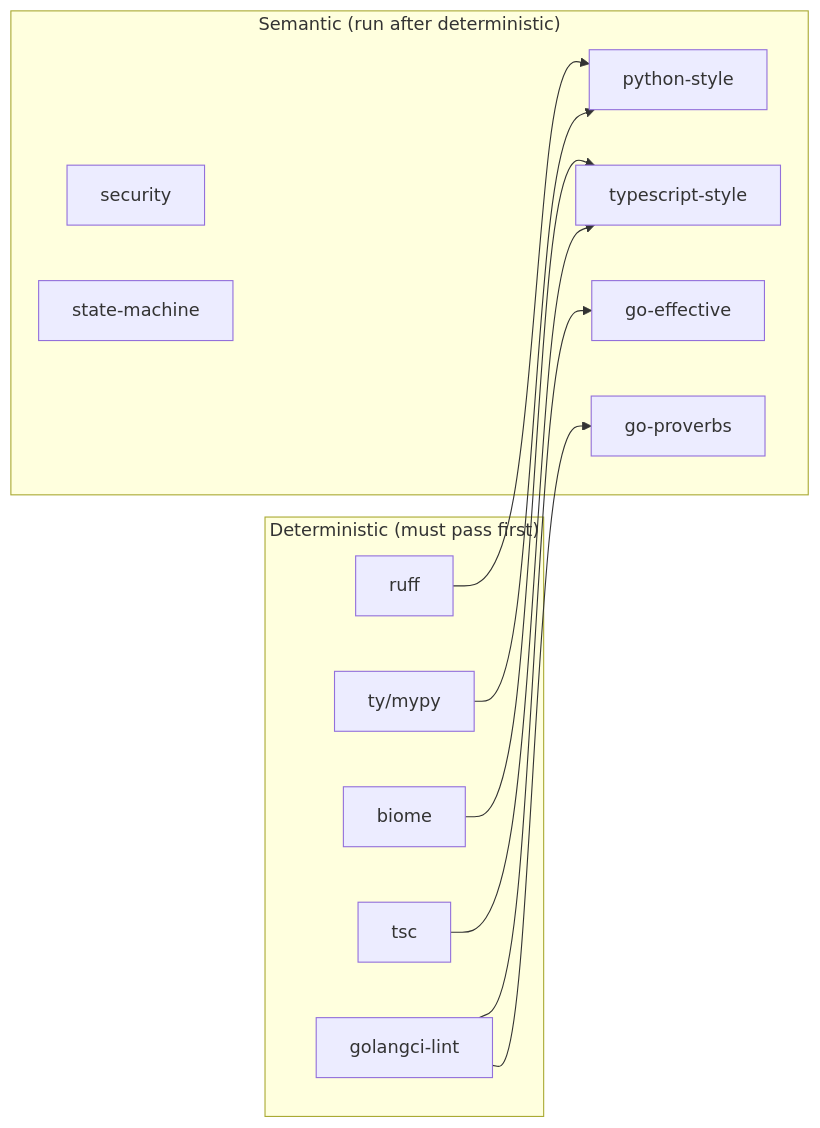
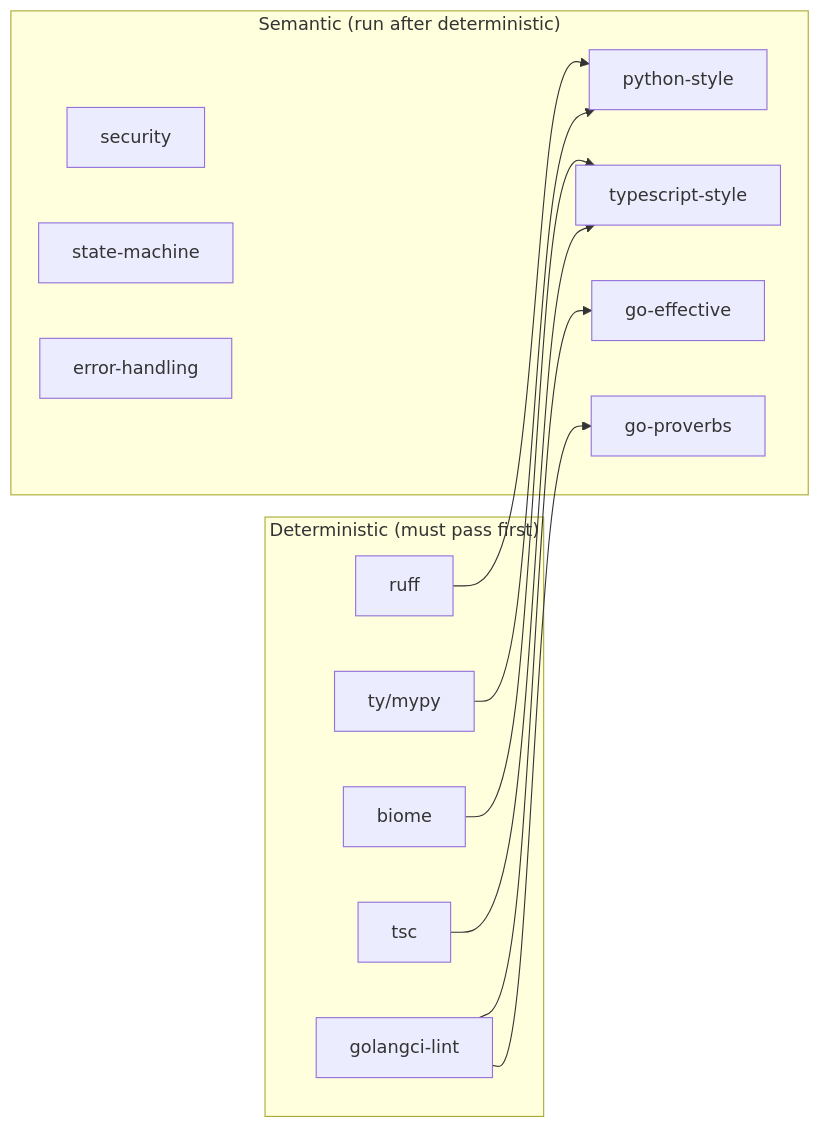
Before and after one commit to peteski22/agent-pragma: the sixth of 7 diagrams in ARCHITECTURE.md, drawn with Mermaid. The commit also changed other lines of this file and 12 other files, not shown here.

First line of the commit message:
Add error-handling cross-language validator (#108)

````diff
--- a/ARCHITECTURE.md
+++ b/ARCHITECTURE.md
@@ -324,29 +342,31 @@
 ```mermaid
 flowchart LR
     subgraph Det["Deterministic (must pass first)"]
         ruff["ruff"]
         ty["ty/mypy"]
         biome["biome"]
         tsc["tsc"]
         golangci["golangci-lint"]
     end
 
     subgraph Sem["Semantic (run after deterministic)"]
         pystyle["python-style"]
         tsstyle["typescript-style"]
         goeff["go-effective"]
         goprov["go-proverbs"]
         sec["security"]
         stm["state-machine"]
+        errh["error-handling"]
     end
 
     ruff --> pystyle
     ty --> pystyle
     biome --> tsstyle
     tsc --> tsstyle
     golangci --> goeff
     golangci --> goprov
 
     sec ~~~ Det
     stm ~~~ Det
+    errh ~~~ Det
 ```
````
